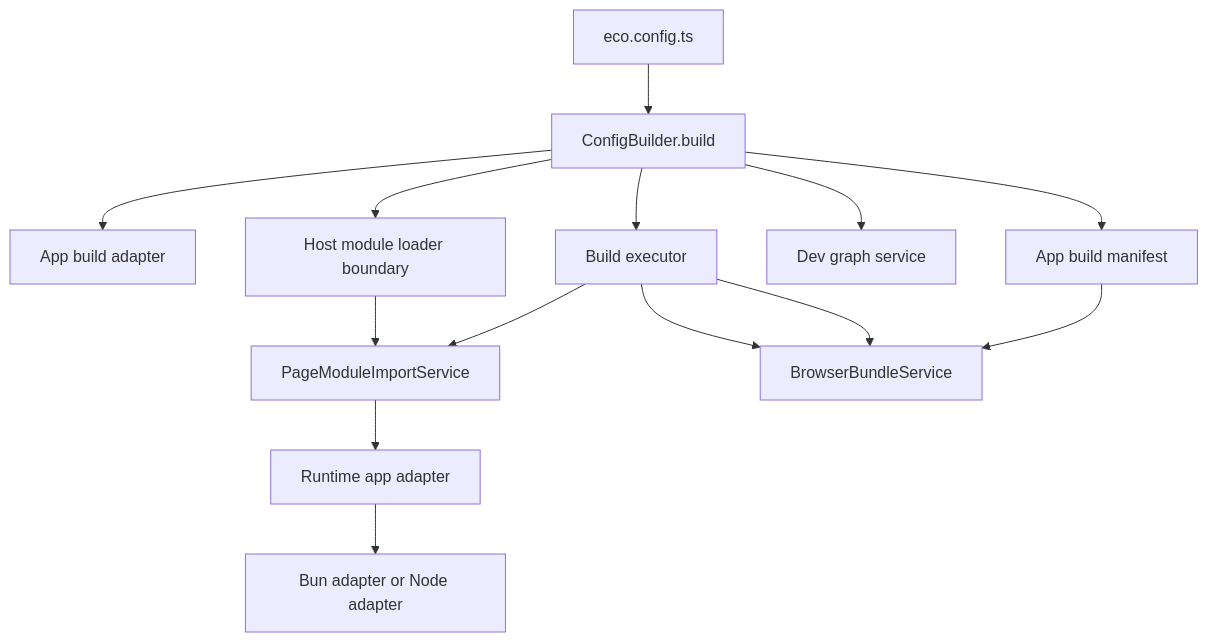
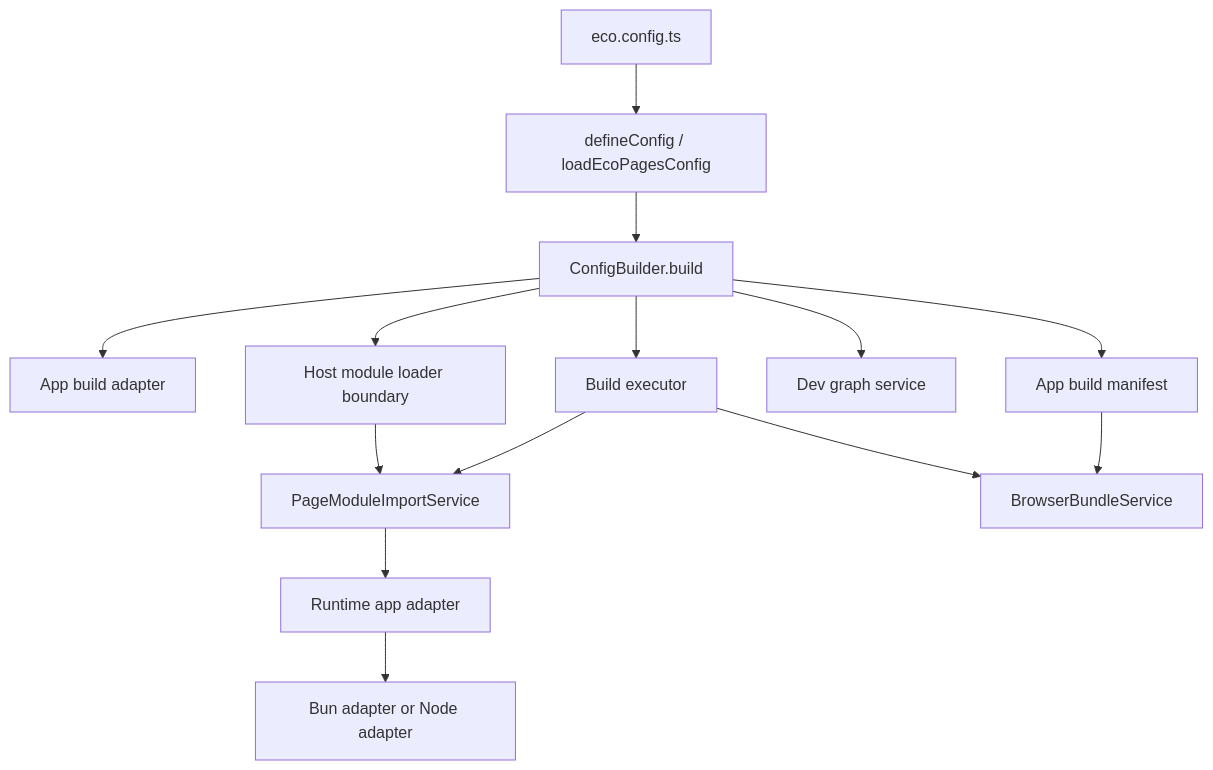
The first of 2 diagrams in packages/core/README.md (ecopages/ecopages), drawn with Mermaid before and after one commit. The commit also changed other lines of this file and 47 other files, not shown here.

First line of the commit message:
feat(core): add defineConfig and async eco.config.ts loading

````diff
--- a/packages/core/README.md
+++ b/packages/core/README.md
@@ -31,16 +31,16 @@
 ```mermaid
 flowchart TD
-	A[eco.config.ts] --> B[ConfigBuilder.build]
-	B --> C[App build adapter]
-	B --> D[App build manifest]
-	B --> E[Build executor]
-	B --> F[Dev graph service]
-	B --> G[Host module loader boundary]
-	G --> H[PageModuleImportService]
-	E --> H
-	E --> I
-	E --> I[BrowserBundleService]
-	H --> J[Runtime app adapter]
-	J --> K[Bun adapter or Node adapter]
-	D --> I
+	A[eco.config.ts] --> B[defineConfig / loadEcoPagesConfig]
+	B --> C[ConfigBuilder.build]
+	C --> D[App build adapter]
+	C --> E[App build manifest]
+	C --> F[Build executor]
+	C --> G[Dev graph service]
+	C --> H[Host module loader boundary]
+	H --> I[PageModuleImportService]
+	F --> I
+	F --> J[BrowserBundleService]
+	I --> K[Runtime app adapter]
+	K --> L[Bun adapter or Node adapter]
+	E --> J
 ```
````
